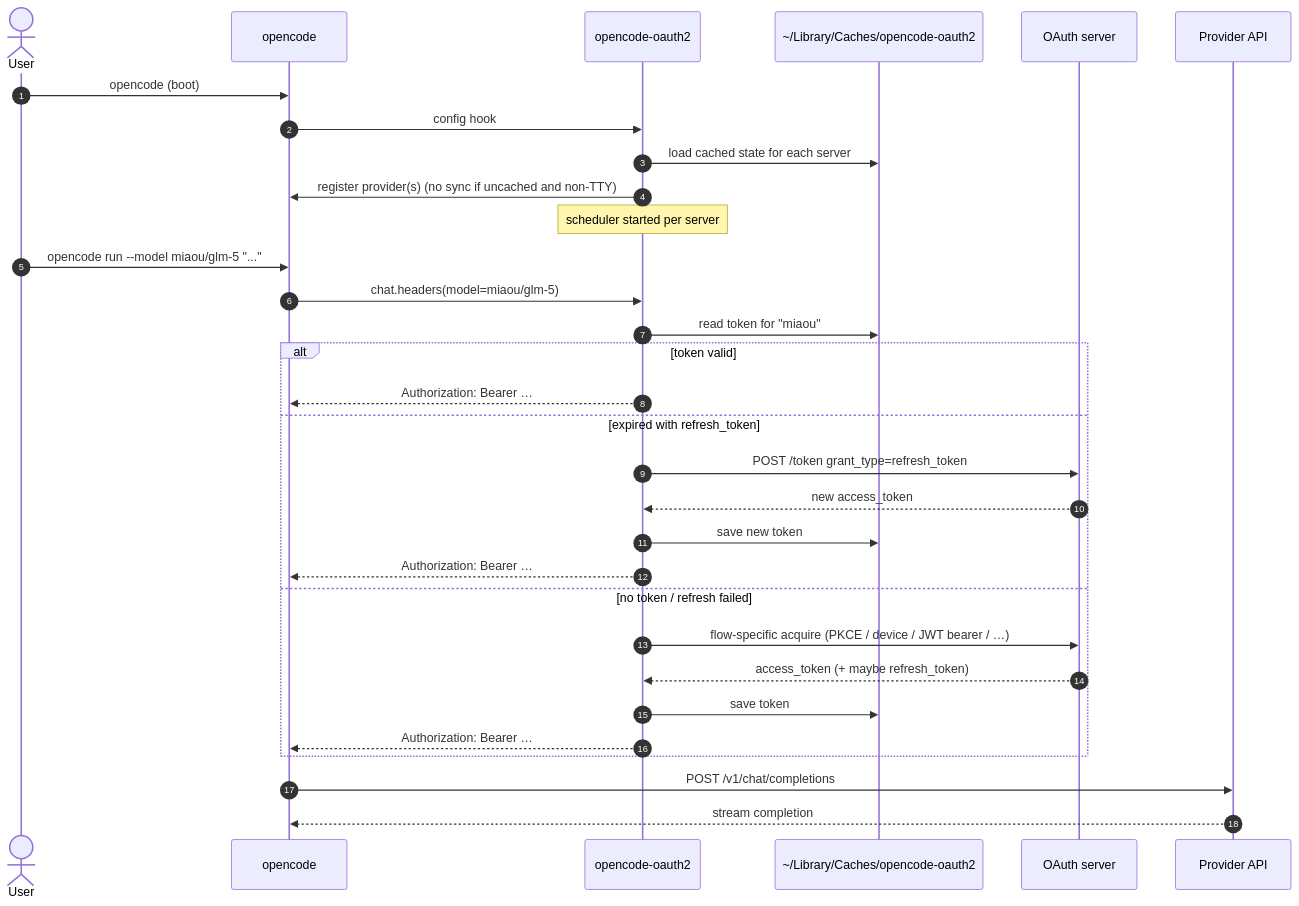
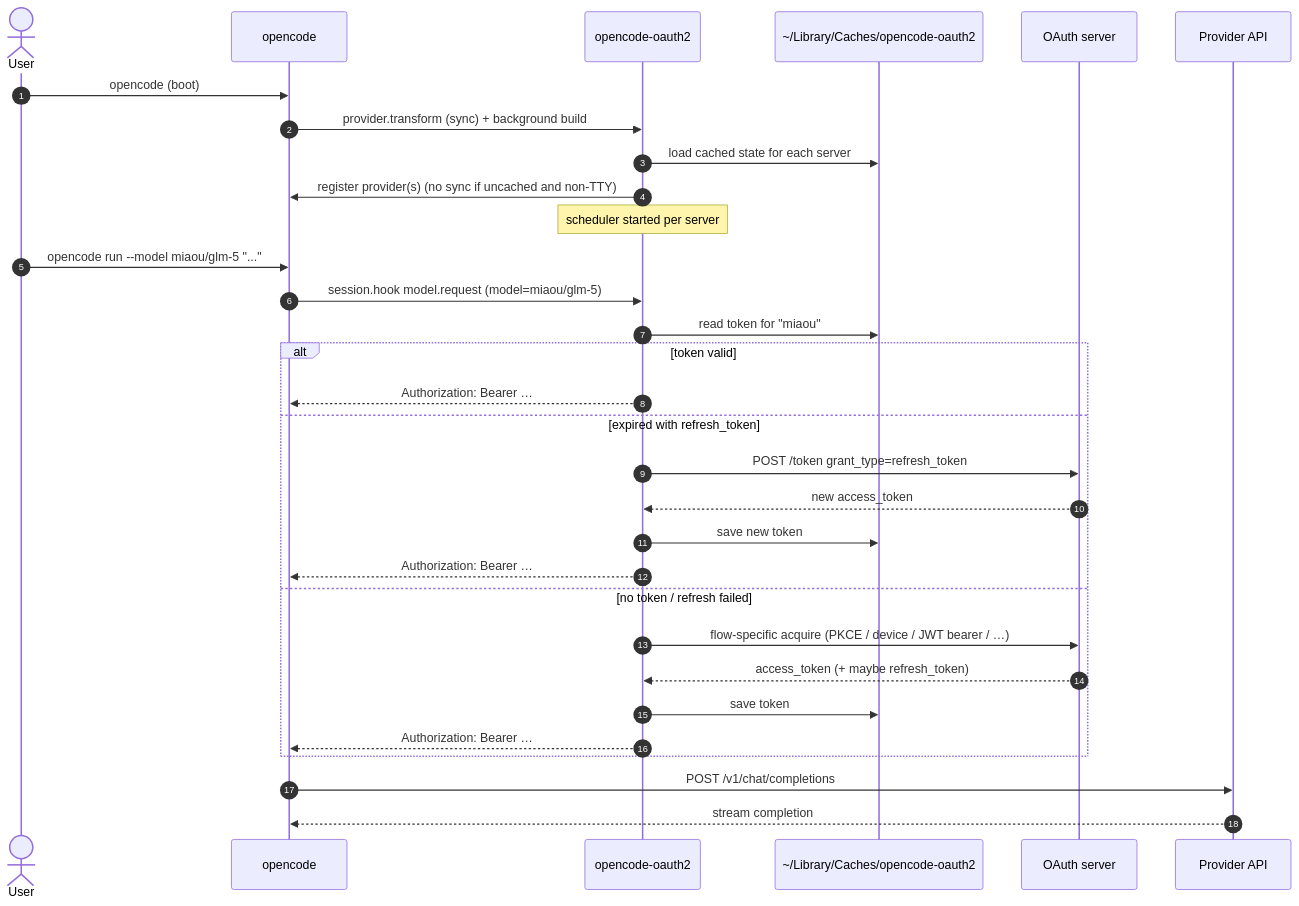
Before and after one commit to ADORSYS-GIS/lightbridge-opencode-toolbeit: the diagram in docs/architecture.md, drawn with Mermaid. The commit also changed other lines of this file and 22 other files, not shown here.

````diff
--- a/docs/architecture.md
+++ b/docs/architecture.md
@@ -79,35 +77,35 @@
 ```mermaid
 sequenceDiagram
     autonumber
     actor User
     participant OC as opencode
     participant Plugin as opencode-oauth2
     participant Cache as ~/Library/Caches/opencode-oauth2
     participant IdP as OAuth server
     participant Upstream as Provider API
 
     User->>OC: opencode (boot)
-    OC->>Plugin: config hook
+    OC->>Plugin: provider.transform (sync) + background build
     Plugin->>Cache: load cached state for each server
     Plugin->>OC: register provider(s) (no sync if uncached and non-TTY)
     Note over Plugin: scheduler started per server
 
     User->>OC: opencode run --model miaou/glm-5 "..."
-    OC->>Plugin: chat.headers(model=miaou/glm-5)
+    OC->>Plugin: session.hook model.request (model=miaou/glm-5)
     Plugin->>Cache: read token for "miaou"
     alt token valid
         Plugin-->>OC: Authorization: Bearer …
     else expired with refresh_token
         Plugin->>IdP: POST /token grant_type=refresh_token
         IdP-->>Plugin: new access_token
         Plugin->>Cache: save new token
         Plugin-->>OC: Authorization: Bearer …
     else no token / refresh failed
         Plugin->>IdP: flow-specific acquire (PKCE / device / JWT bearer / …)
         IdP-->>Plugin: access_token (+ maybe refresh_token)
         Plugin->>Cache: save token
         Plugin-->>OC: Authorization: Bearer …
     end
     OC->>Upstream: POST /v1/chat/completions
     Upstream-->>OC: stream completion
 ```
````
